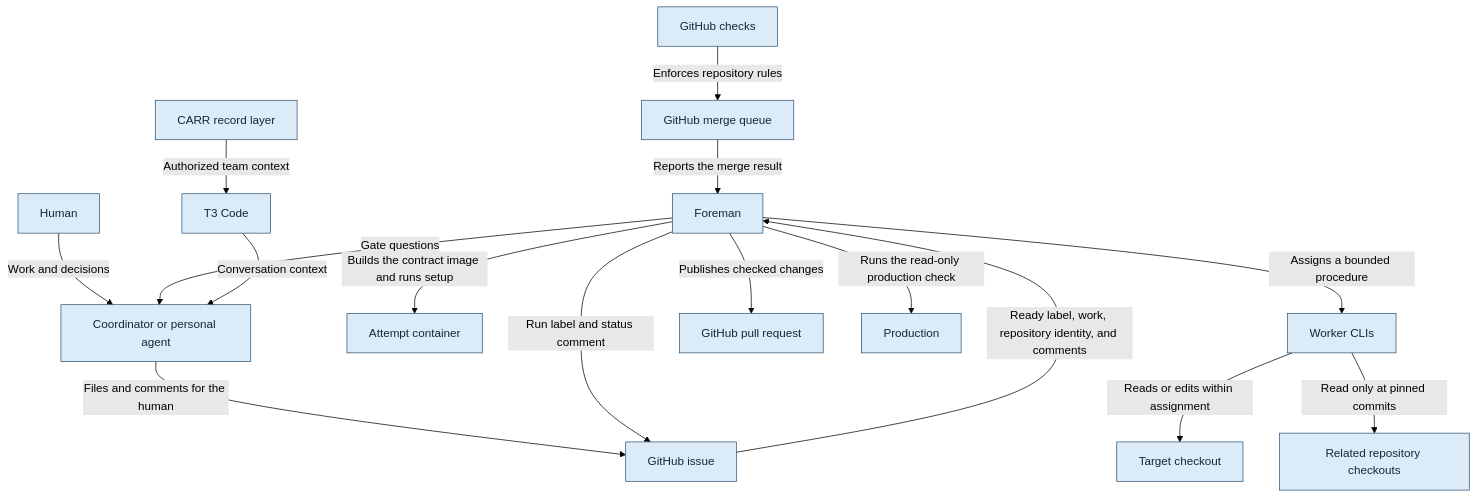
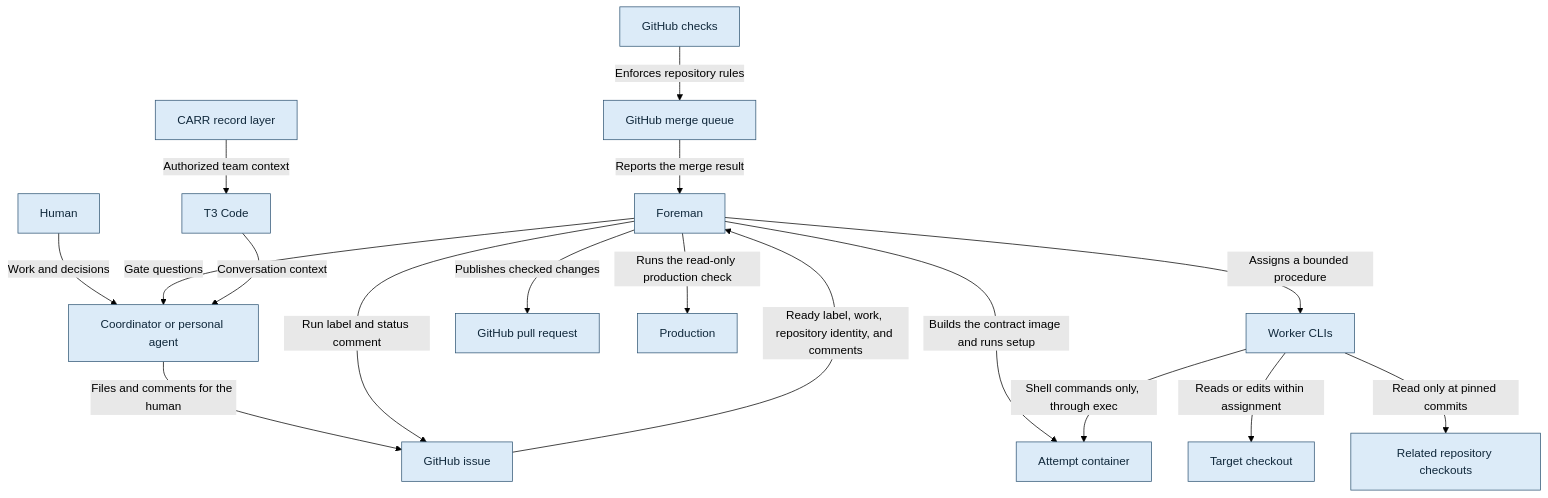
Before and after one commit to bookout-labs/tools: the diagram in docs/graph/blueprint/views/context.mmd, drawn with Mermaid (forest theme). The commit also changed 10 other files, not shown here.

```diff
--- a/docs/graph/blueprint/views/context.mmd
+++ b/docs/graph/blueprint/views/context.mmd
@@ -1,35 +1,36 @@
 flowchart TD
     n0["GitHub checks"]:::stage
     n1["GitHub merge queue"]:::stage
     n2["Foreman"]:::stage
     n3["Human"]:::stage
     n4["Coordinator or personal agent"]:::stage
     n5["GitHub issue"]:::stage
     n6["CARR record layer"]:::stage
     n7["T3 Code"]:::stage
     n8["Attempt container"]:::stage
     n9["Worker CLIs"]:::stage
     n10["Target checkout"]:::stage
     n11["Related repository checkouts"]:::stage
     n12["GitHub pull request"]:::stage
     n13["Production"]:::stage
     n0 -->|"Enforces repository rules"| n1
     n1 -->|"Reports the merge result"| n2
     n3 -->|"Work and decisions"| n4
     n4 -->|"Files and comments for the human"| n5
     n2 -->|"Gate questions"| n4
     n5 -->|"Ready label, work, repository identity, and comments"| n2
     n2 -->|"Run label and status comment"| n5
     n6 -->|"Authorized team context"| n7
     n7 -->|"Conversation context"| n4
     n2 -->|"Builds the contract image and runs setup"| n8
+    n9 -->|"Shell commands only, through exec"| n8
     n2 -->|"Assigns a bounded procedure"| n9
     n9 -->|"Reads or edits within assignment"| n10
     n9 -->|"Read only at pinned commits"| n11
     n2 -->|"Publishes checked changes"| n12
     n2 -->|"Runs the read-only production check"| n13
     classDef stage fill:#dcebf8,stroke:#315675,color:#10283b
     classDef step fill:#edf3f8,stroke:#597187,color:#132638
     classDef worker fill:#d7f0e8,stroke:#357369,color:#133c36
     classDef gate fill:#fff0c9,stroke:#89641f,color:#3f2b0b
     classDef terminal fill:#f0f0f0,stroke:#666666,color:#202020
```
